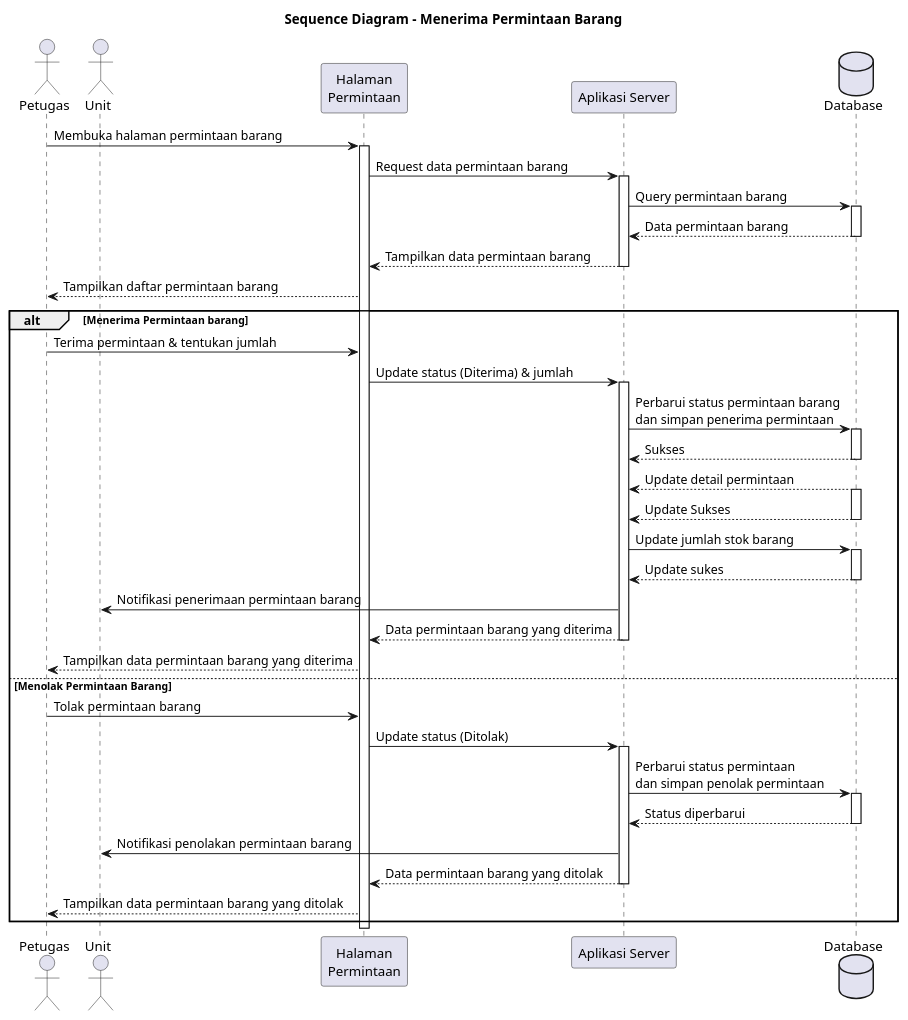
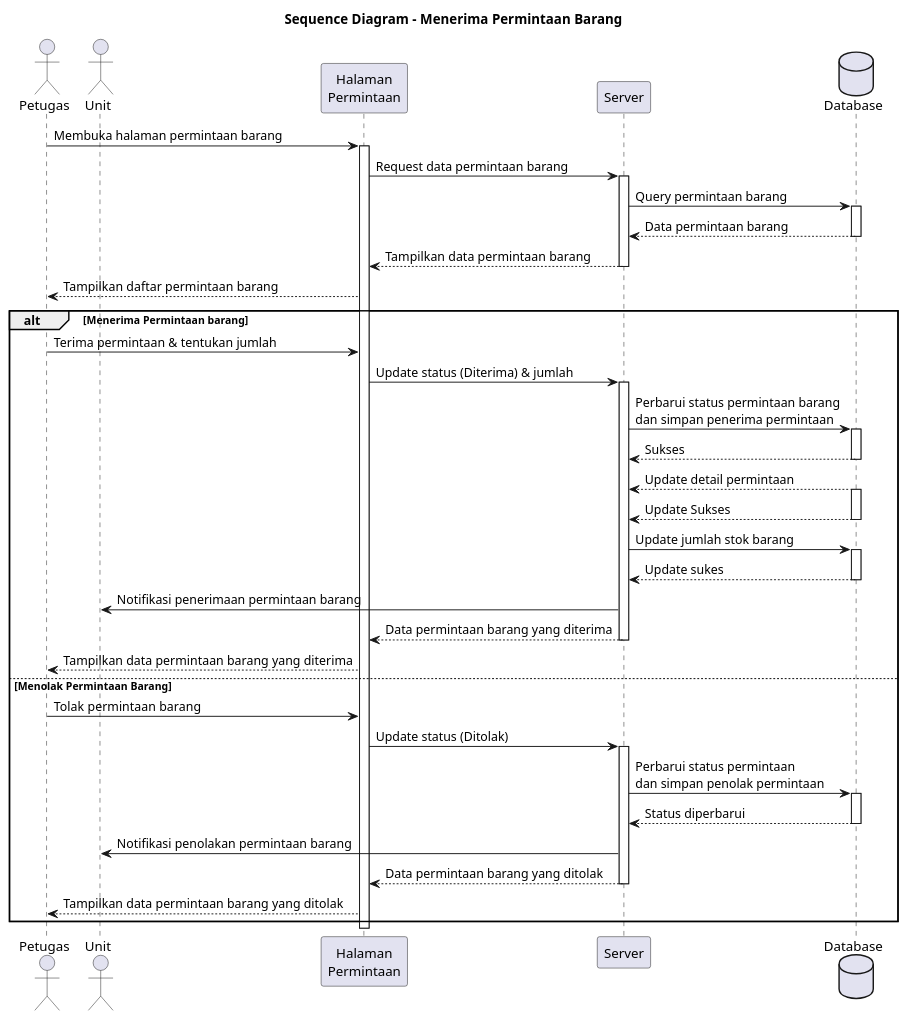
The diagram in docs/sequence/accept-request.puml (juntralala/e-atk), drawn with PlantUML before and after one commit. The commit also changed 38 other files, not shown here.

```diff
--- a/docs/sequence/accept-request.puml
+++ b/docs/sequence/accept-request.puml
@@ -1,54 +1,54 @@
-@startuml
+@startuml Menerima Permintaan Barang
 title Sequence Diagram - Menerima Permintaan Barang
 actor "Petugas" as Bendahara
 actor "Unit" as Unit
 participant "Halaman\nPermintaan" as DaftarPermintaan
-participant "Aplikasi Server" as Sistem
+participant "Server" as Sistem
 database "Database" as DB
 Bendahara -> DaftarPermintaan: Membuka halaman permintaan barang
 activate DaftarPermintaan
 DaftarPermintaan -> Sistem: Request data permintaan barang
 activate Sistem
 Sistem -> DB: Query permintaan barang
 activate DB
 DB --> Sistem: Data permintaan barang
 deactivate DB
 Sistem --> DaftarPermintaan: Tampilkan data permintaan barang
 deactivate Sistem
 DaftarPermintaan --> Bendahara: Tampilkan daftar permintaan barang
 alt Menerima Permintaan barang
 Bendahara -> DaftarPermintaan: Terima permintaan & tentukan jumlah
 DaftarPermintaan -> Sistem: Update status (Diterima) & jumlah
     activate Sistem
 Sistem -> DB: Perbarui status permintaan barang\ndan simpan penerima permintaan
     activate DB
 DB --> Sistem: Sukses
     deactivate DB
     
 DB --> Sistem: Update detail permintaan
     activate DB
 DB --> Sistem: Update Sukses
     deactivate DB
 Sistem -> DB: Update jumlah stok barang
     activate DB
 DB --> Sistem: Update sukes
     deactivate DB
 Sistem -> Unit: Notifikasi penerimaan permintaan barang
 Sistem --> DaftarPermintaan: Data permintaan barang yang diterima
     deactivate Sistem
 DaftarPermintaan --> Bendahara: Tampilkan data permintaan barang yang diterima
 else Menolak Permintaan Barang
 Bendahara -> DaftarPermintaan: Tolak permintaan barang
 DaftarPermintaan -> Sistem: Update status (Ditolak)
     activate Sistem
 Sistem -> DB: Perbarui status permintaan\ndan simpan penolak permintaan
     activate DB
 DB --> Sistem: Status diperbarui
     deactivate DB
 Sistem -> Unit: Notifikasi penolakan permintaan barang
 Sistem --> DaftarPermintaan: Data permintaan barang yang ditolak
     deactivate Sistem
 DaftarPermintaan --> Bendahara: Tampilkan data permintaan barang yang ditolak
 end
 deactivate DaftarPermintaan
 @enduml
```
